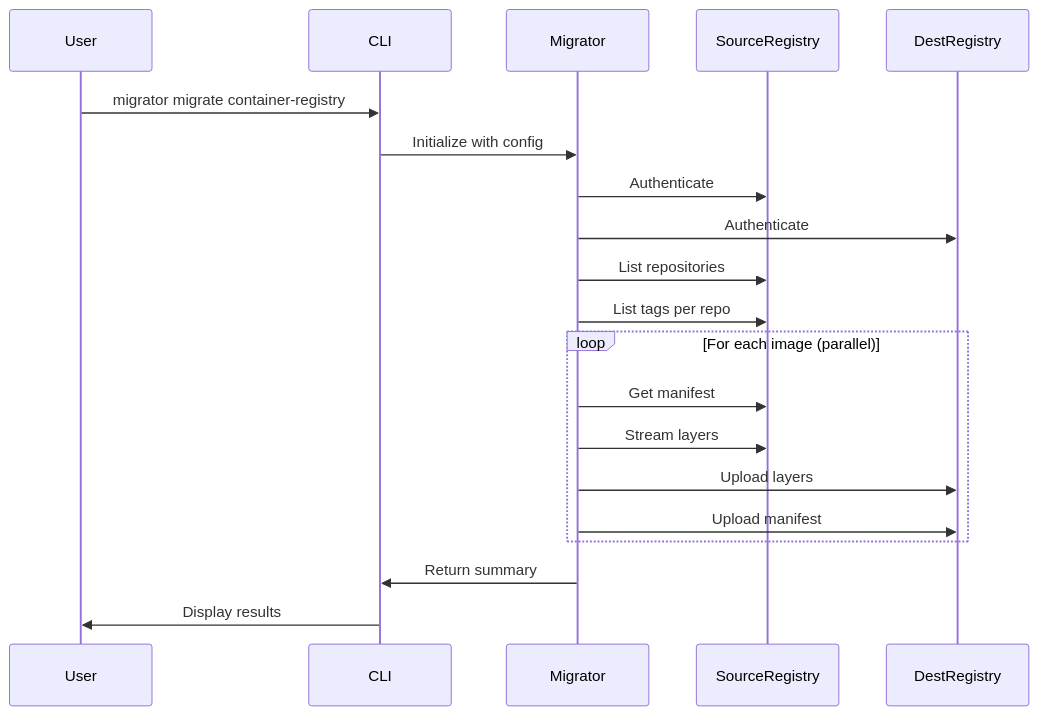
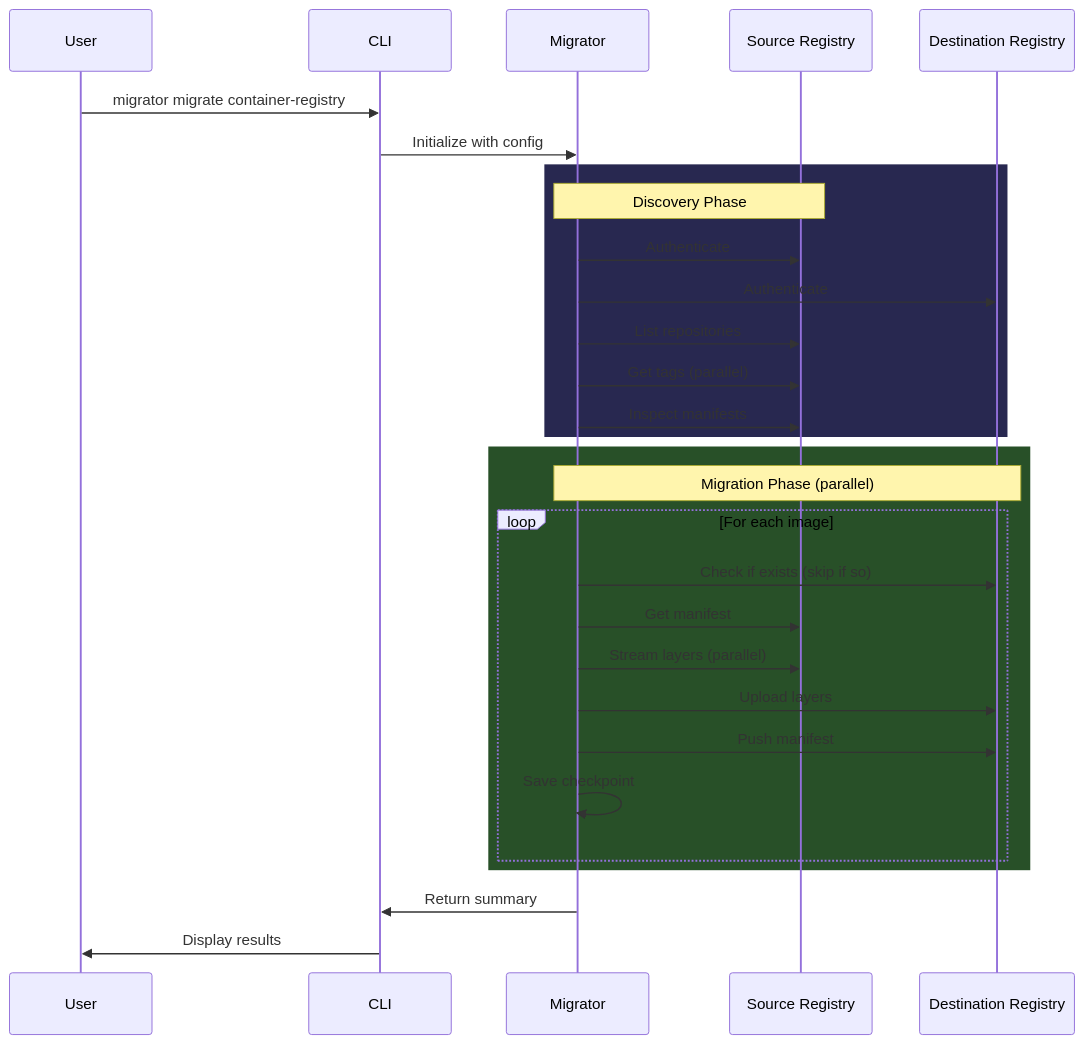
One commit to imaleek/migrator changed the diagram in README.md. Above: the diagram before and after it, drawn with Mermaid. The commit also changed other lines of this file and 2 other files, not shown here.

````diff
--- a/README.md
+++ b/README.md
@@ -262,25 +253,35 @@
 ```mermaid
 sequenceDiagram
     participant User
     participant CLI
     participant Migrator
-    participant SourceRegistry
-    participant DestRegistry
+    participant Source as Source Registry
+    participant Dest as Destination Registry
 
     User->>CLI: migrator migrate container-registry
     CLI->>Migrator: Initialize with config
-    Migrator->>SourceRegistry: Authenticate
-    Migrator->>DestRegistry: Authenticate
-    Migrator->>SourceRegistry: List repositories
-    Migrator->>SourceRegistry: List tags per repo
     
-    loop For each image (parallel)
-        Migrator->>SourceRegistry: Get manifest
-        Migrator->>SourceRegistry: Stream layers
-        Migrator->>DestRegistry: Upload layers
-        Migrator->>DestRegistry: Upload manifest
+    rect rgb(40, 40, 80)
+        Note over Migrator,Source: Discovery Phase
+        Migrator->>Source: Authenticate
+        Migrator->>Dest: Authenticate
+        Migrator->>Source: List repositories
+        Migrator->>Source: Get tags (parallel)
+        Migrator->>Source: Inspect manifests
+    end
+    
+    rect rgb(40, 80, 40)
+        Note over Migrator,Dest: Migration Phase (parallel)
+        loop For each image
+            Migrator->>Dest: Check if exists (skip if so)
+            Migrator->>Source: Get manifest
+            Migrator->>Source: Stream layers (parallel)
+            Migrator->>Dest: Upload layers
+            Migrator->>Dest: Push manifest
+            Migrator->>Migrator: Save checkpoint
+        end
     end
     
     Migrator->>CLI: Return summary
     CLI->>User: Display results
 ```
````
